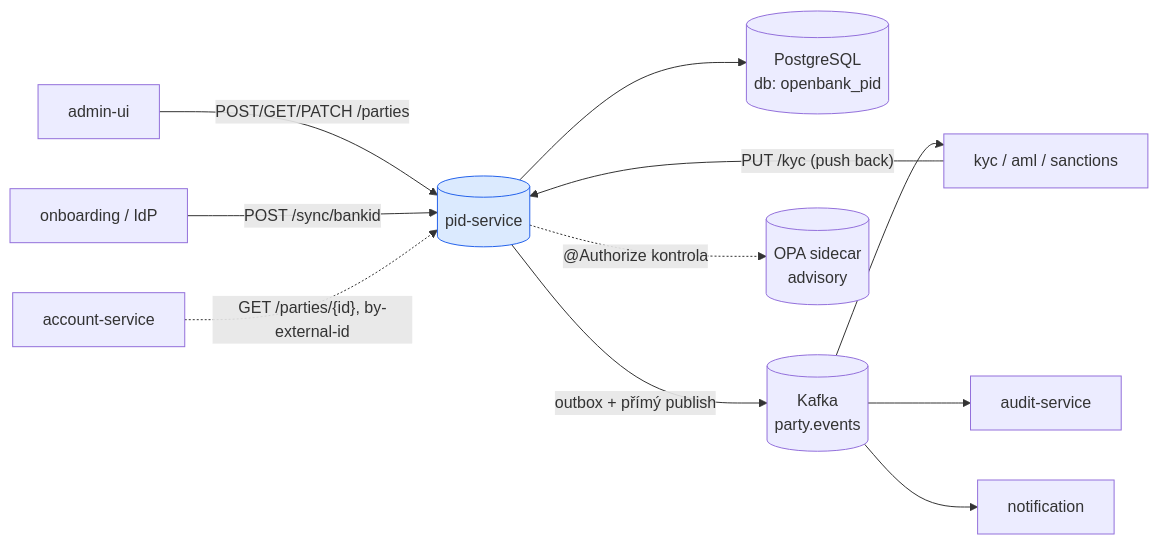
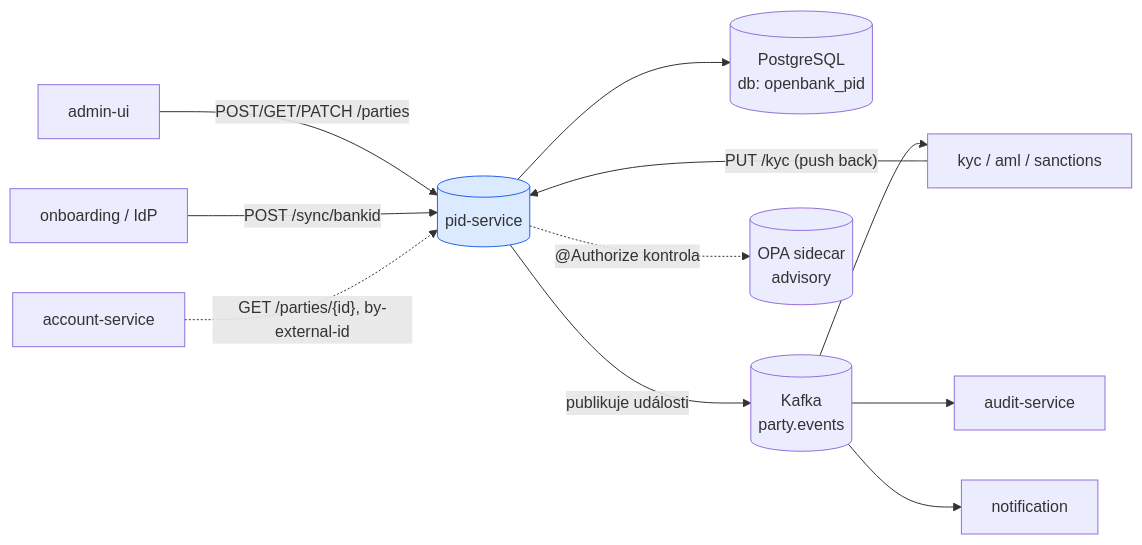
The first of 3 diagrams in openbank-pid-service/src/main/resources/docs/02-architecture.cs.md (JiRaska/open-bank-oss), drawn with Mermaid before and after one commit. The commit also changed other lines of this file and 41 other files, not shown here.

First line of the commit message:
fix(pid): retire the unwired PID outbox channel

````diff
--- a/openbank-pid-service/src/main/resources/docs/02-architecture.cs.md
+++ b/openbank-pid-service/src/main/resources/docs/02-architecture.cs.md
@@ -5,29 +5,29 @@
 ```mermaid
 graph LR
   admin[admin-ui]
   onb[onboarding / IdP]
   acc[account-service]
   kyc[kyc / aml / sanctions]
   audit[audit-service]
   notif[notification]
 
   pid[(pid-service)]:::svc
   db[(PostgreSQL<br/>db: openbank_pid)]
   kafka[(Kafka<br/>party.events)]
   opa[(OPA sidecar<br/>advisory)]
 
   admin -- "POST/GET/PATCH /parties" --> pid
   onb -- "POST /sync/bankid" --> pid
   acc -. "GET /parties/{id}, by-external-id" .-> pid
   kyc -- "PUT /kyc (push back)" --> pid
 
   pid --> db
-  pid -- "outbox + přímý publish" --> kafka
+  pid -- "publikuje události" --> kafka
   pid -. "@Authorize kontrola" .-> opa
 
   kafka --> kyc
   kafka --> audit
   kafka --> notif
 
   classDef svc fill:#dbeafe,stroke:#2563eb
 ```
````
